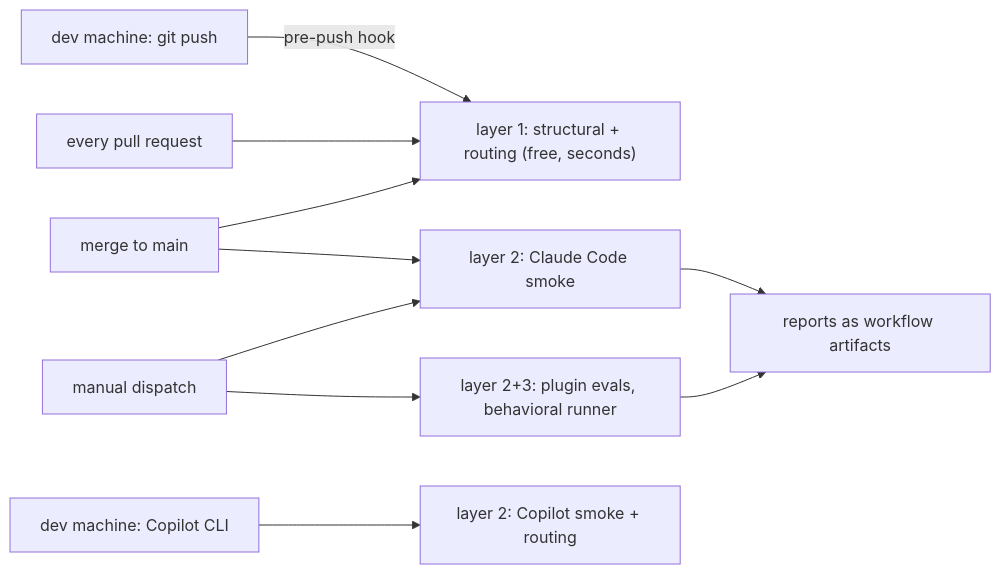
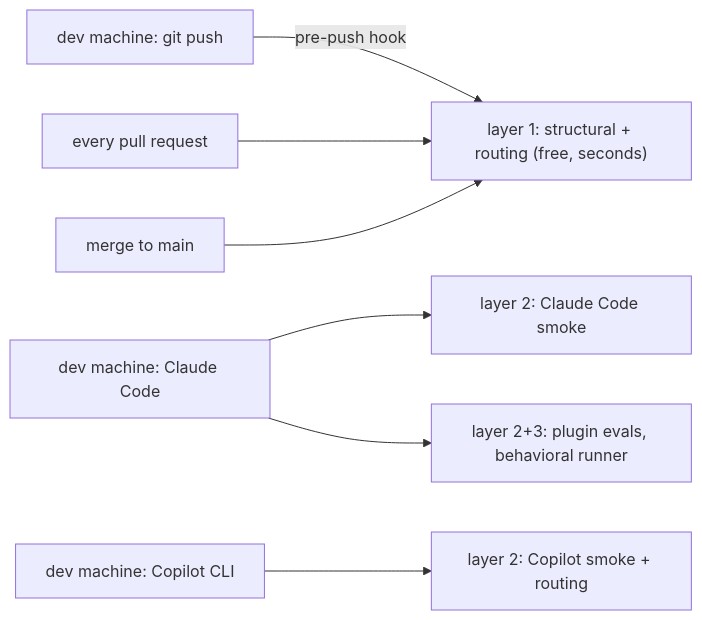
One commit to Dawn-Technology/aicelerate changed the diagram in tests/README.md. Above: the diagram before and after it, drawn with Mermaid. The commit also changed other lines of this file and 11 other files, not shown here.

````diff
--- a/tests/README.md
+++ b/tests/README.md
@@ -34,12 +34,9 @@
 ```mermaid
 flowchart LR
     push[dev machine: git push] -->|pre-push hook| L1["layer 1: structural + routing (free, seconds)"]
     pr[every pull request] --> L1
     merge[merge to main] --> L1
-    merge --> smoke["layer 2: Claude Code smoke"]
-    disp[manual dispatch] --> smoke
-    disp --> evals["layer 2+3: plugin evals, behavioral runner"]
-    local[dev machine: Copilot CLI] --> cop["layer 2: Copilot smoke + routing"]
-    smoke --> art[reports as workflow artifacts]
-    evals --> art
+    local[dev machine: Claude Code] --> smoke["layer 2: Claude Code smoke"]
+    local --> evals["layer 2+3: plugin evals, behavioral runner"]
+    localcop[dev machine: Copilot CLI] --> cop["layer 2: Copilot smoke + routing"]
 ```
````
